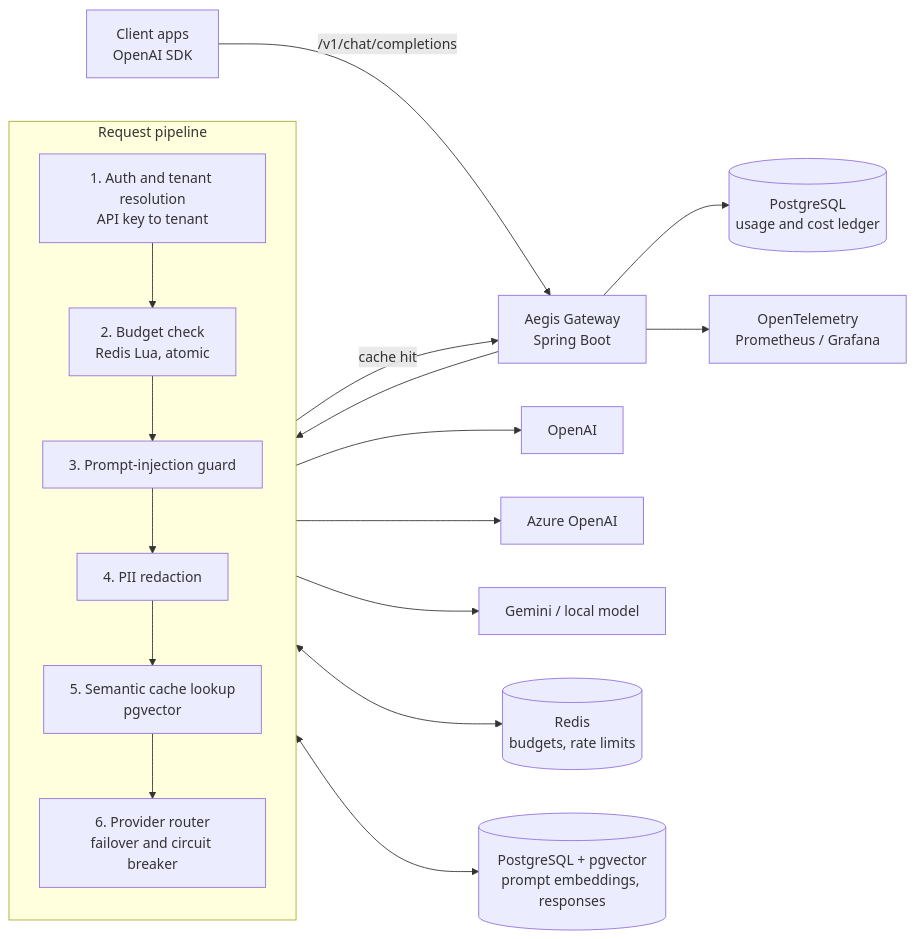
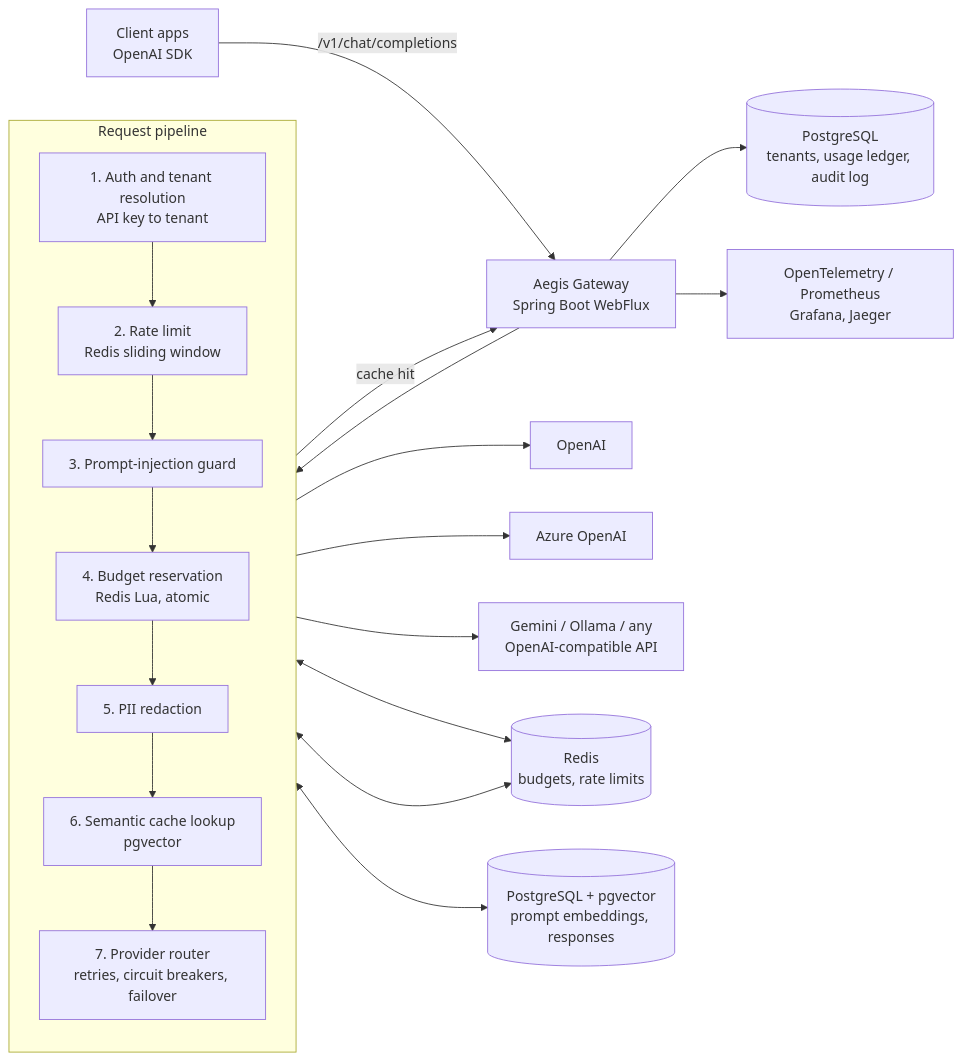
Before and after one commit to Vinoth-M-08/Aegis: the diagram in README.md, drawn with Mermaid. The commit also changed other lines of this file, not shown here.

First line of the commit message:
Update README for the implemented gateway and list remaining work

````diff
--- a/README.md
+++ b/README.md
@@ -31,26 +31,28 @@
 ```mermaid
 flowchart LR
-    C[Client apps<br/>OpenAI SDK] -->|/v1/chat/completions| G[Aegis Gateway<br/>Spring Boot]
+    C[Client apps<br/>OpenAI SDK] -->|/v1/chat/completions| G[Aegis Gateway<br/>Spring Boot WebFlux]
 
     subgraph Pipeline [Request pipeline]
         direction TB
         A1[1. Auth and tenant resolution<br/>API key to tenant]
-        A2[2. Budget check<br/>Redis Lua, atomic]
+        A2[2. Rate limit<br/>Redis sliding window]
         A3[3. Prompt-injection guard]
-        A4[4. PII redaction]
-        A5[5. Semantic cache lookup<br/>pgvector]
-        A6[6. Provider router<br/>failover and circuit breaker]
-        A1 --> A2 --> A3 --> A4 --> A5 --> A6
+        A4[4. Budget reservation<br/>Redis Lua, atomic]
+        A5[5. PII redaction]
+        A6[6. Semantic cache lookup<br/>pgvector]
+        A7[7. Provider router<br/>retries, circuit breakers, failover]
+        A1 --> A2 --> A3 --> A4 --> A5 --> A6 --> A7
     end
 
     G --> A1
-    A5 -- cache hit --> G
-    A6 --> P1[OpenAI]
-    A6 --> P2[Azure OpenAI]
-    A6 --> P3[Gemini / local model]
+    A6 -- cache hit --> G
+    A7 --> P1[OpenAI]
+    A7 --> P2[Azure OpenAI]
+    A7 --> P3[Gemini / Ollama / any<br/>OpenAI-compatible API]
 
     A2 <--> R[(Redis<br/>budgets, rate limits)]
-    A5 <--> V[(PostgreSQL + pgvector<br/>prompt embeddings, responses)]
-    G --> T[(PostgreSQL<br/>usage and cost ledger)]
-    G --> O[OpenTelemetry<br/>Prometheus / Grafana]
+    A4 <--> R
+    A6 <--> V[(PostgreSQL + pgvector<br/>prompt embeddings, responses)]
+    G --> T[(PostgreSQL<br/>tenants, usage ledger, audit log)]
+    G --> O[OpenTelemetry / Prometheus<br/>Grafana, Jaeger]
 ```
````
